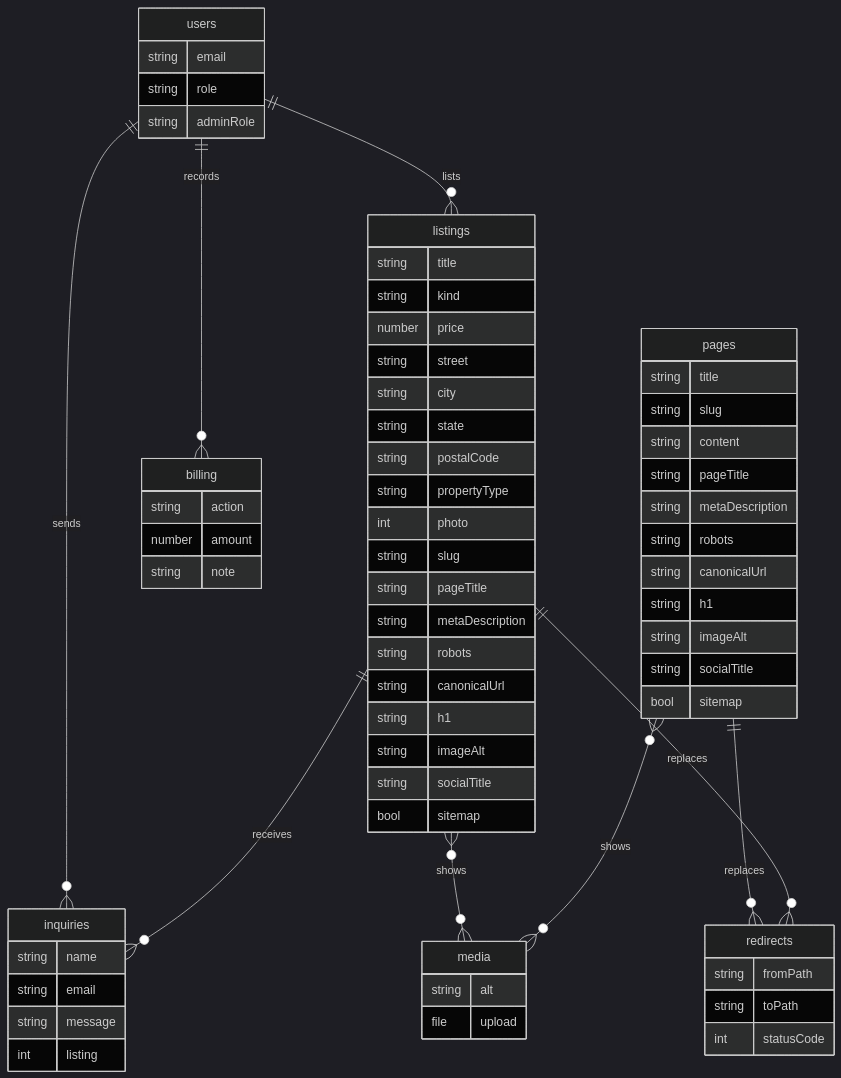
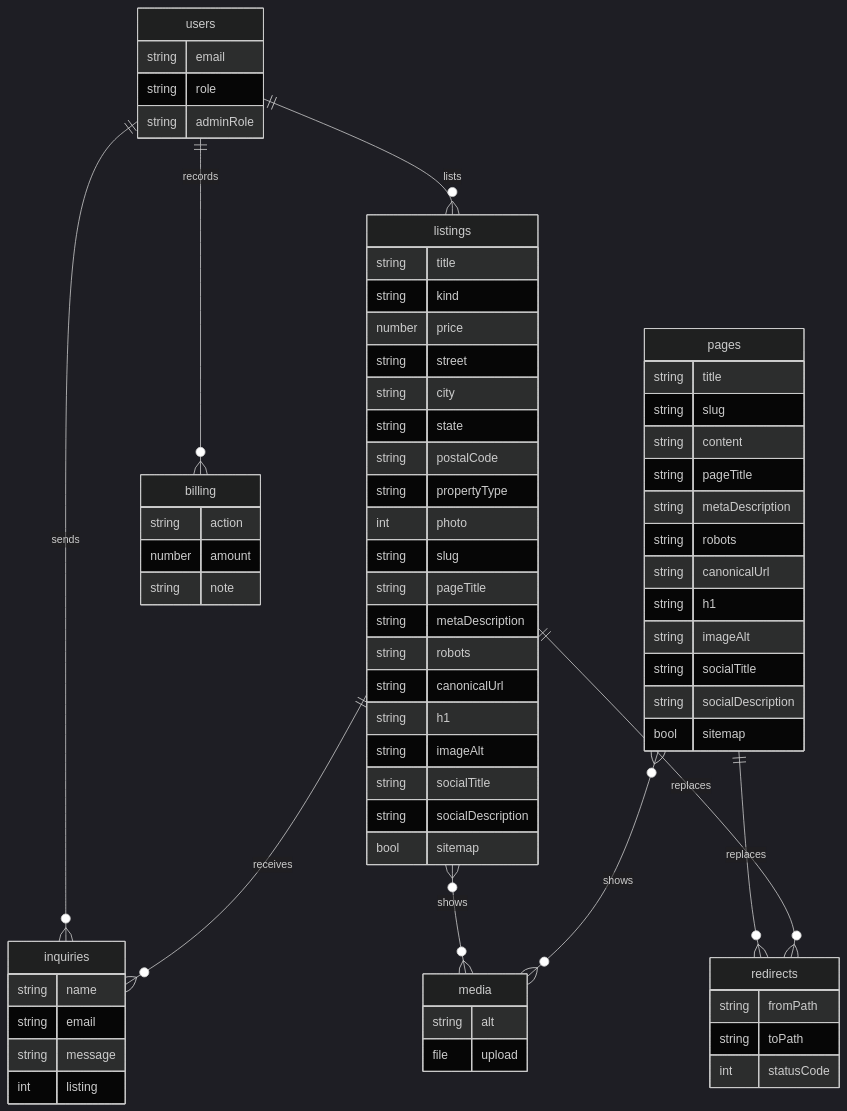
Before and after one commit to Valerri000/Reatics: the first of 4 diagrams in docs/entity-diagram.md, drawn with Mermaid (dark theme). The commit also changed other lines of this file, not shown here.

````diff
--- a/docs/entity-diagram.md
+++ b/docs/entity-diagram.md
@@ -5,76 +5,78 @@
 ```mermaid
 erDiagram
   users ||--o{ listings : lists
   users ||--o{ billing : records
   users ||--o{ inquiries : sends
   listings ||--o{ inquiries : receives
   listings }o--o{ media : shows
   pages }o--o{ media : shows
   pages ||--o{ redirects : replaces
   listings ||--o{ redirects : replaces
 
   users {
     string email
     string role
     string adminRole
   }
 
   pages {
     string title
     string slug
     string content
     string pageTitle
     string metaDescription
     string robots
     string canonicalUrl
     string h1
     string imageAlt
     string socialTitle
+    string socialDescription
     bool sitemap
   }
 
   listings {
     string title
     string kind
     number price
     string street
     string city
     string state
     string postalCode
     string propertyType
     int photo
     string slug
     string pageTitle
     string metaDescription
     string robots
     string canonicalUrl
     string h1
     string imageAlt
     string socialTitle
+    string socialDescription
     bool sitemap
   }
 
   media {
     string alt
     file upload
   }
 
   billing {
     string action
     number amount
     string note
   }
 
   redirects {
     string fromPath
     string toPath
     int statusCode
   }
 
   inquiries {
     string name
     string email
     string message
     int listing
   }
 ```
````
